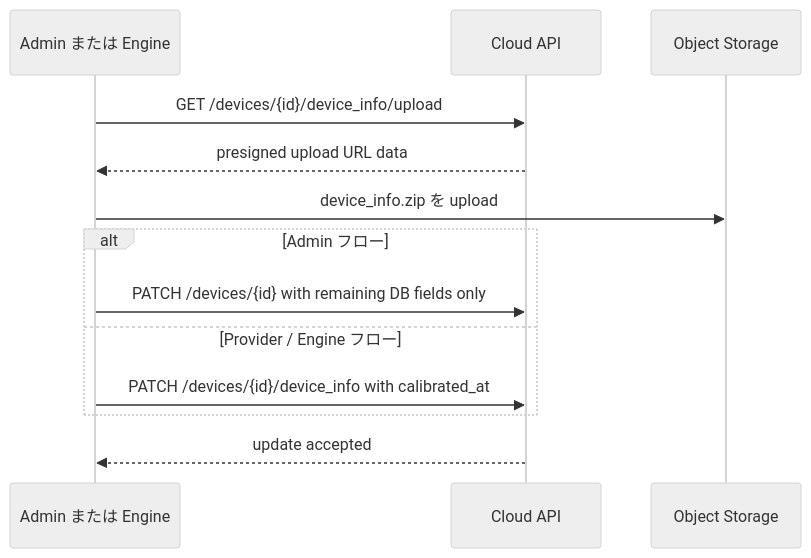
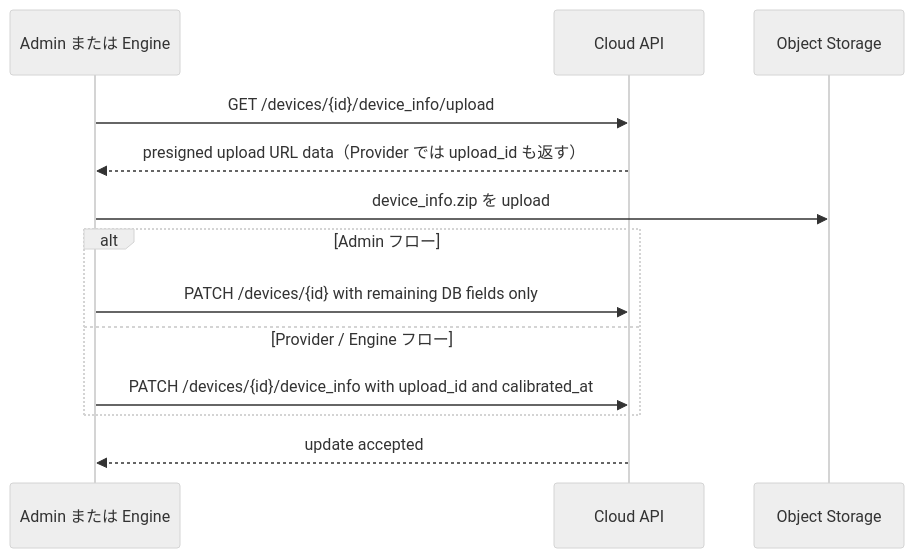
Before and after one commit to oqtopus-team/oqtopus-cloud: the diagram in docs/ja/architecture/device_info_in_detail.md, drawn with Mermaid (neutral theme). The commit also changed other lines of this file and 8 other files, not shown here.

Commit message:
fix: bind device info confirmation to uploads

````diff
--- a/docs/ja/architecture/device_info_in_detail.md
+++ b/docs/ja/architecture/device_info_in_detail.md
@@ -52,16 +52,16 @@
 ```mermaid
 sequenceDiagram
    participant Client as Admin または Engine
    participant API as Cloud API
    participant Storage as Object Storage
 
    Client->>API: GET /devices/{id}/device_info/upload
-   API-->>Client: presigned upload URL data
+   API-->>Client: presigned upload URL data（Provider では upload_id も返す）
    Client->>Storage: device_info.zip を upload
    alt Admin フロー
       Client->>API: PATCH /devices/{id} with remaining DB fields only
    else Provider / Engine フロー
-      Client->>API: PATCH /devices/{id}/device_info with calibrated_at
+      Client->>API: PATCH /devices/{id}/device_info with upload_id and calibrated_at
    end
    API-->>Client: update accepted
 ```
````
